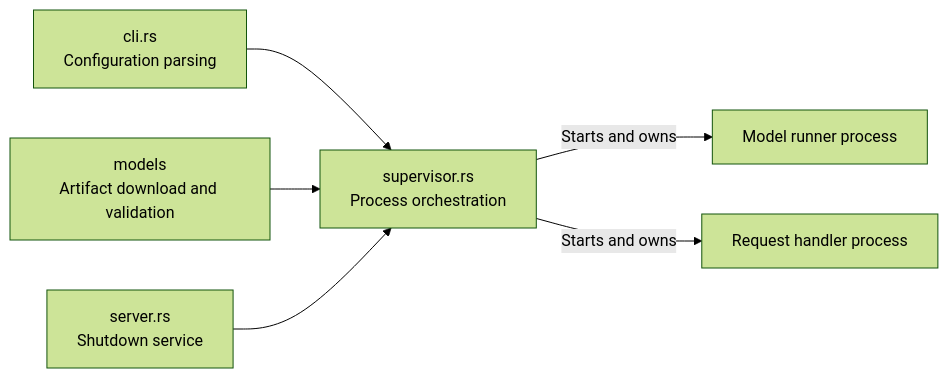
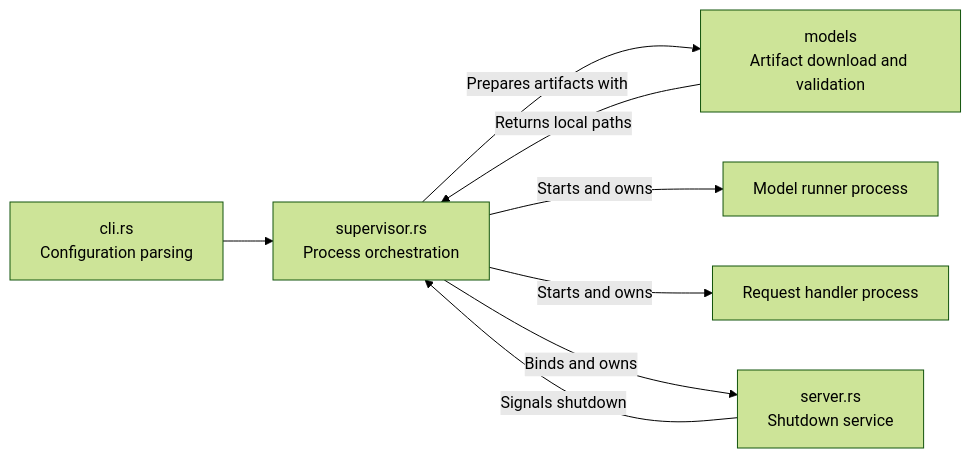
Before and after one commit to lun0522/mini-vllm-rs: the first of 3 diagrams in src/main_process/README.md, drawn with Mermaid (forest theme). The commit also changed other lines of this file and 9 other files, not shown here.

First line of the commit message:
Docs: Streamline READMEs and expand architecture documentation

````diff
--- a/src/main_process/README.md
+++ b/src/main_process/README.md
@@ -6,8 +6,10 @@
 ```mermaid
 flowchart LR
     Cli["cli.rs<br/>Configuration parsing"] --> Supervisor["supervisor.rs<br/>Process orchestration"]
-    Models["models<br/>Artifact download and validation"] --> Supervisor
+    Supervisor -->|"Prepares artifacts with"| Models["models<br/>Artifact download and validation"]
+    Models -->|"Returns local paths"| Supervisor
     Supervisor -->|"Starts and owns"| Runner["Model runner process"]
     Supervisor -->|"Starts and owns"| Handler["Request handler process"]
-    Control["server.rs<br/>Shutdown service"] --> Supervisor
+    Supervisor -->|"Binds and owns"| Control["server.rs<br/>Shutdown service"]
+    Control -->|"Signals shutdown"| Supervisor
 ```
````
